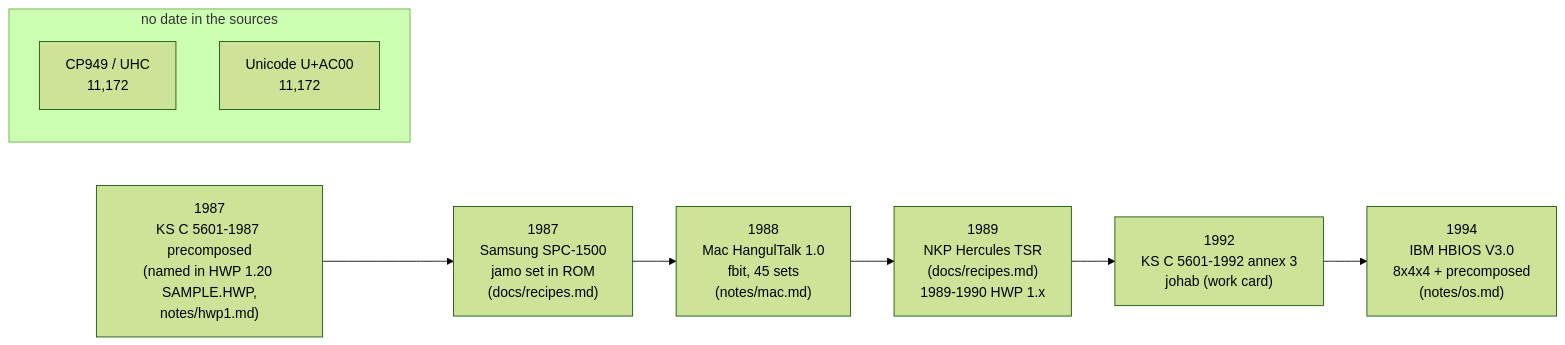
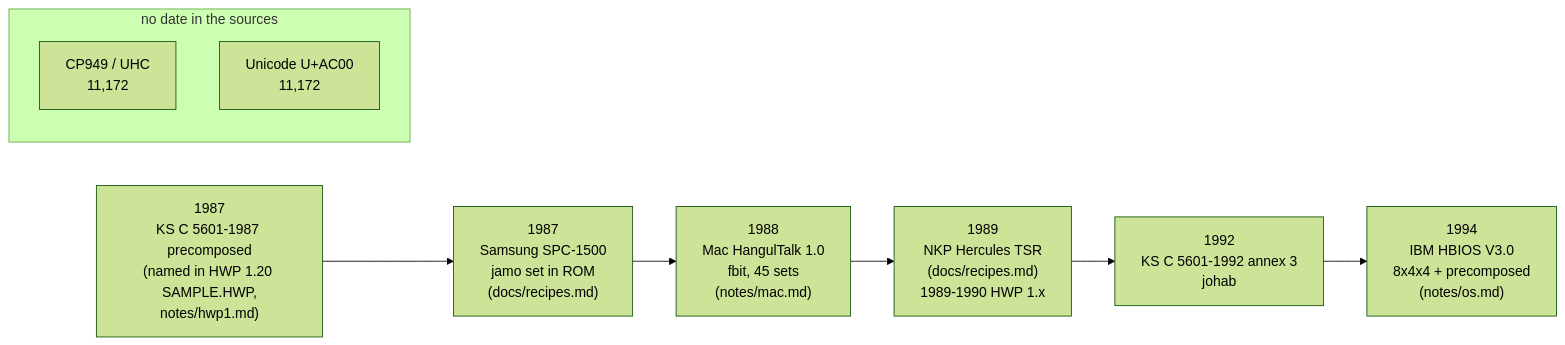
The fifth of 26 diagrams in docs/jamo-sets.md (TaehyunKimLL/svf-fonts-open), drawn with Mermaid (forest theme) before and after one commit. The commit also changed other lines of this file and 1 other file, not shown here.

Commit message:
docs/jamo-sets: EUC (ISO 2022 G0-G3, SS2/SS3, byte safety on Unix), EUC-KR row/cell mapping, ISO-2022-KR, CP949/UHC (Windows 95, extension ranges, 8,822 syllables), Johab/CP1361, KSSM history; references sections; sourcing meta removed (GPT-SOL, t_9de1eebd)

````diff
--- a/docs/jamo-sets.md
+++ b/docs/jamo-sets.md
@@ -190,14 +187,14 @@
 ```mermaid
 flowchart LR
   A["1987<br/>KS C 5601-1987 precomposed<br/>(named in HWP 1.20 SAMPLE.HWP,<br/>notes/hwp1.md)"]
   B["1987<br/>Samsung SPC-1500<br/>jamo set in ROM<br/>(docs/recipes.md)"]
   C["1988<br/>Mac HangulTalk 1.0<br/>fbit, 45 sets<br/>(notes/mac.md)"]
   D["1989<br/>NKP Hercules TSR<br/>(docs/recipes.md)<br/>1989-1990 HWP 1.x"]
-  E["1992<br/>KS C 5601-1992 annex 3<br/>johab (work card)"]
+  E["1992<br/>KS C 5601-1992 annex 3<br/>johab"]
   F["1994<br/>IBM HBIOS V3.0<br/>8x4x4 + precomposed<br/>(notes/os.md)"]
   A --> B --> C --> D --> E --> F
   subgraph N["no date in the sources"]
     G["CP949 / UHC<br/>11,172"]
     H["Unicode U+AC00<br/>11,172"]
   end
 ```
````
